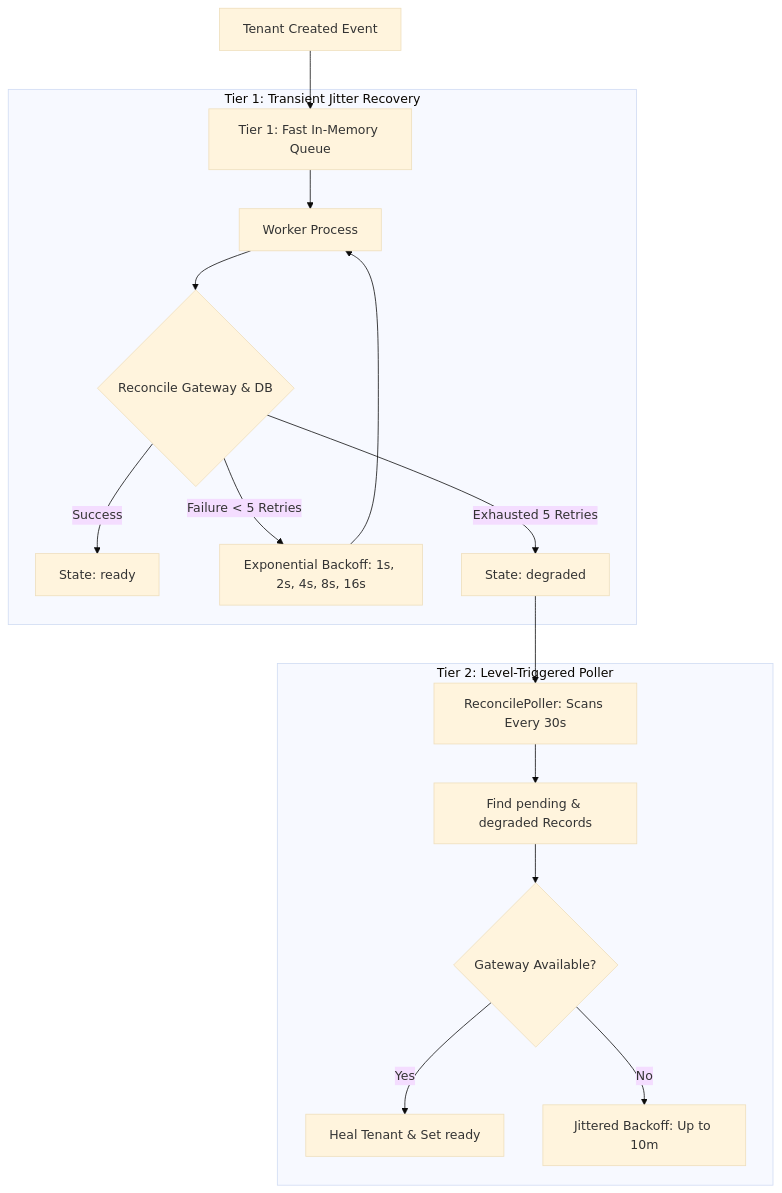
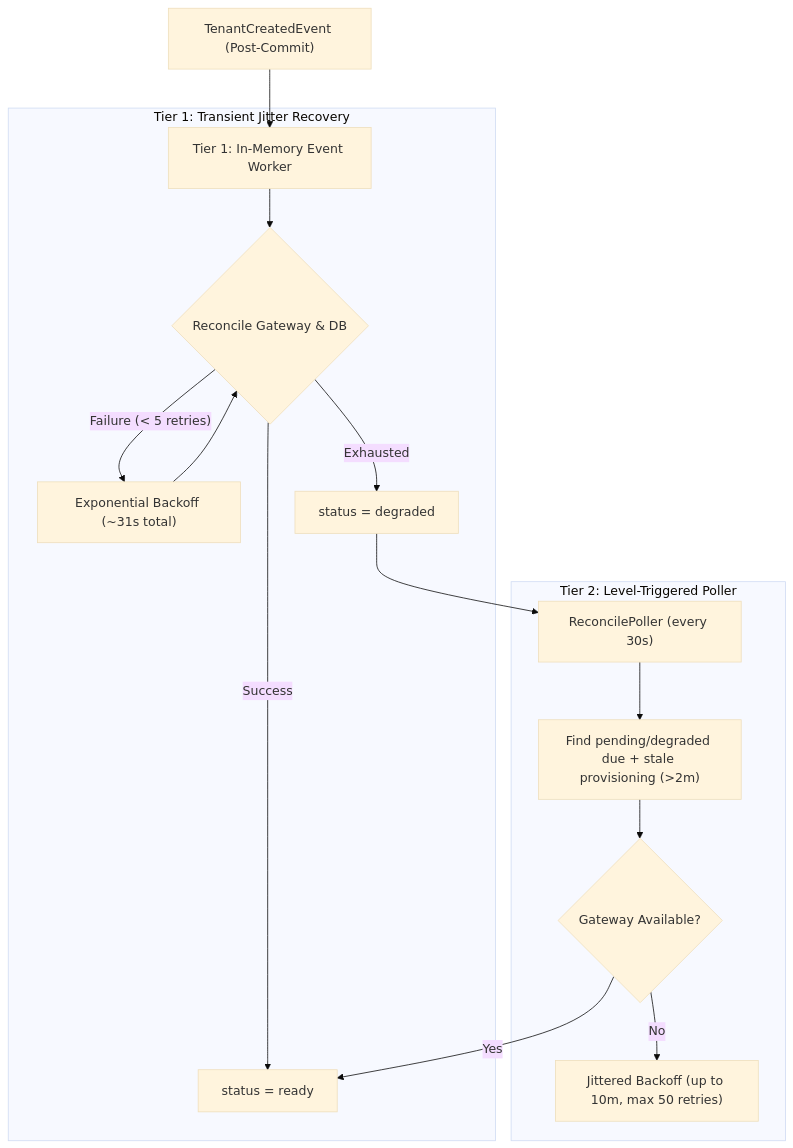
One commit to Sanderhoff-alt/oh-my-ragflow changed the first of 3 diagrams in extensions/model-platform/implementation-plan.md. Above: the diagram before and after it, drawn with Mermaid (base theme). The commit also changed other lines of this file and 25 other files, not shown here.

````diff
--- a/extensions/model-platform/implementation-plan.md
+++ b/extensions/model-platform/implementation-plan.md
@@ -297,21 +179,17 @@
 ```mermaid
 flowchart TD
-    CommitEvent[Tenant Created Event] --> Tier1Queue[Tier 1: Fast In-Memory Queue]
-
-    subgraph Tier1 [Tier 1: Transient Jitter Recovery]
-        Tier1Queue --> Worker[Worker Process]
-        Worker --> TryReconcile{Reconcile Gateway & DB}
-        TryReconcile -->|Success| SetReady[State: ready]
-        TryReconcile -->|Failure < 5 Retries| Backoff1[Exponential Backoff: 1s, 2s, 4s, 8s, 16s] --> Worker
-        TryReconcile -->|Exhausted 5 Retries| SetDegraded[State: degraded]
+    CommitEvent["TenantCreatedEvent (Post-Commit)"] --> Tier1Queue["Tier 1: In-Memory Event Worker"]
+    subgraph Tier1 ["Tier 1: Transient Jitter Recovery"]
+        Tier1Queue --> TryReconcile{"Reconcile Gateway & DB"}
+        TryReconcile -->|"Success"| SetReady["status = ready"]
+        TryReconcile -->|"Failure (< 5 retries)"| Backoff1["Exponential Backoff (~31s total)"] --> TryReconcile
+        TryReconcile -->|"Exhausted"| SetDegraded["status = degraded"]
     end
-
-    subgraph Tier2 [Tier 2: Level-Triggered Poller]
-        Poller[ReconcilePoller: Scans Every 30s] --> FindDegraded[Find pending & degraded Records]
-        FindDegraded --> TryPoller{Gateway Available?}
-        TryPoller -->|Yes| Heal[Heal Tenant & Set ready]
-        TryPoller -->|No| Backoff2[Jittered Backoff: Up to 10m]
+    subgraph Tier2 ["Tier 2: Level-Triggered Poller"]
+        Poller["ReconcilePoller (every 30s)"] --> FindDue["Find pending/degraded due + stale provisioning (>2m)"]
+        FindDue --> TryHeal{"Gateway Available?"}
+        TryHeal -->|"Yes"| SetReady
+        TryHeal -->|"No"| Backoff2["Jittered Backoff (up to 10m, max 50 retries)"]
     end
-
     SetDegraded --> Poller
 ```
````
